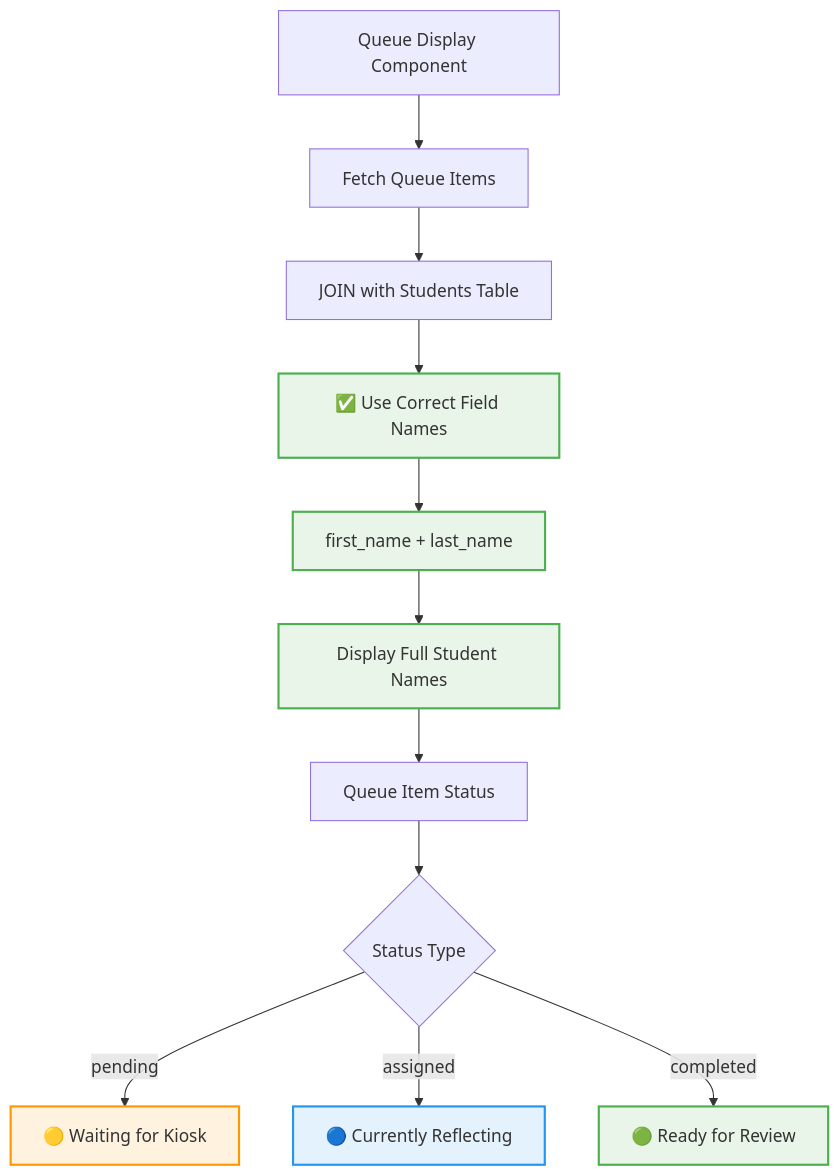
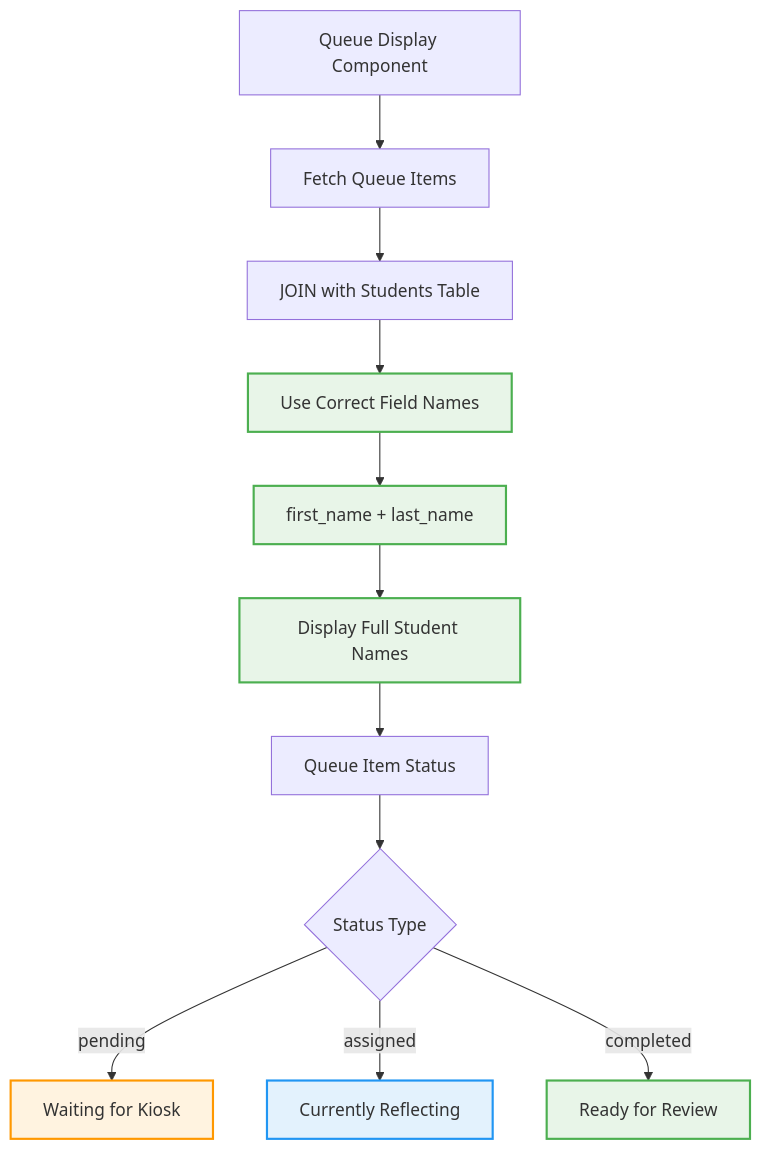
The second of 6 diagrams in Docs/Flowcharts/Sprint-02-Targets/07-updated-queue-management.md (Splurfa/bx-os), drawn with Mermaid before and after one commit. The commit also changed other lines of this file and 12 other files, not shown here.

First line of the commit message:
Fix flowchart syntax and numbering

````diff
--- a/Docs/Flowcharts/Sprint-02-Targets/07-updated-queue-management.md
+++ b/Docs/Flowcharts/Sprint-02-Targets/07-updated-queue-management.md
@@ -38,21 +38,21 @@
 ```mermaid
 flowchart TD
     A[Queue Display Component] --> B[Fetch Queue Items]
     B --> C[JOIN with Students Table]
-    C --> D[✅ Use Correct Field Names]
+    C --> D[Use Correct Field Names]
     D --> E[first_name + last_name]
     E --> F[Display Full Student Names]
     
     F --> G[Queue Item Status]
     G --> H{Status Type}
-    H -->|pending| I[🟡 Waiting for Kiosk]
-    H -->|assigned| J[🔵 Currently Reflecting]  
-    H -->|completed| K[🟢 Ready for Review]
+    H -->|pending| I[Waiting for Kiosk]
+    H -->|assigned| J[Currently Reflecting]  
+    H -->|completed| K[Ready for Review]
     
     style D fill:#e8f5e8,stroke:#4caf50,stroke-width:2px
     style E fill:#e8f5e8,stroke:#4caf50,stroke-width:2px
     style F fill:#e8f5e8,stroke:#4caf50,stroke-width:2px
     style I fill:#fff3e0,stroke:#ff9800,stroke-width:2px
     style J fill:#e3f2fd,stroke:#2196f3,stroke-width:2px
     style K fill:#e8f5e8,stroke:#4caf50,stroke-width:2px
 ```
````
